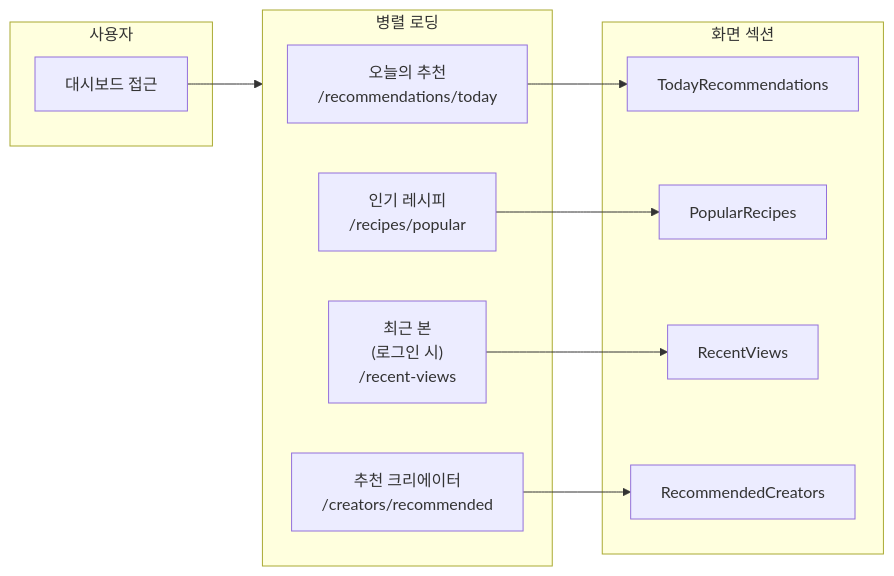
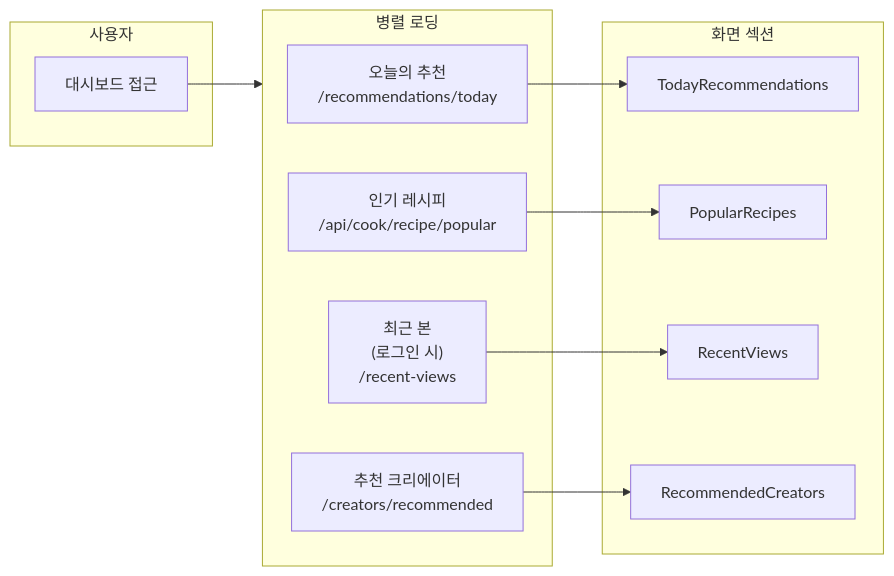
Before and after one commit to JinseokJang91/JangGunKitchen: the sixth of 7 diagrams in docs/02-design/01-requirements/architecture-definition.md, drawn with Mermaid. The commit also changed other lines of this file and 18 other files, not shown here.

````diff
--- a/docs/02-design/01-requirements/architecture-definition.md
+++ b/docs/02-design/01-requirements/architecture-definition.md
@@ -182,26 +182,26 @@
 ```mermaid
 flowchart LR
     subgraph User["사용자"]
         A["대시보드 접근"]
     end
 
     subgraph Load["병렬 로딩"]
         B1["오늘의 추천\n/recommendations/today"]
-        B2["인기 레시피\n/recipes/popular"]
+        B2["인기 레시피\n/api/cook/recipe/popular"]
         B5["최근 본\n(로그인 시)\n/recent-views"]
         B6["추천 크리에이터\n/creators/recommended"]
     end
 
     subgraph UI["화면 섹션"]
         U1["TodayRecommendations"]
         U2["PopularRecipes"]
         U5["RecentViews"]
         U6["RecommendedCreators"]
     end
 
     A --> Load
     B1 --> U1
     B2 --> U2
     B5 --> U5
     B6 --> U6
 ```
````
